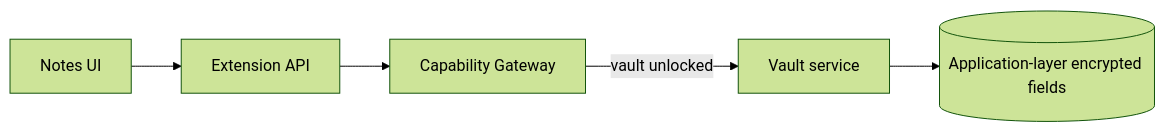
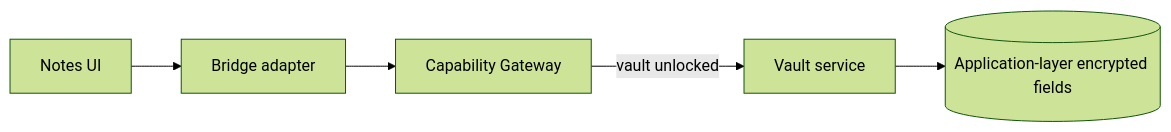
Before and after one commit to syurodev/base: the diagram in content/projects/dev-kit/vault.mdx, drawn with Mermaid (forest theme). The commit also changed other lines of this file and 2 other files, not shown here.

Commit message:
docs: correct built-in bridge path in knowledge diagrams

````diff
--- a/content/projects/dev-kit/vault.mdx
+++ b/content/projects/dev-kit/vault.mdx
@@ -10,7 +10,7 @@
 ```mermaid
 flowchart LR
-  UI[Notes UI] --> API[Extension API]
-  API --> GW[Capability Gateway]
+  UI[Notes UI] --> Bridge[Bridge adapter]
+  Bridge --> GW[Capability Gateway]
   GW -->|vault unlocked| CORE[Vault service]
   CORE --> DB[(Application-layer encrypted fields)]
 ```
````
